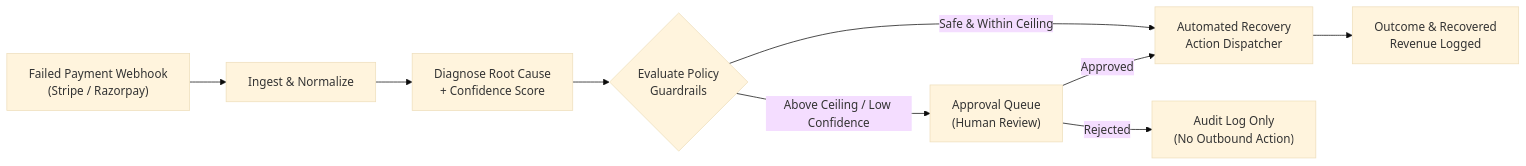
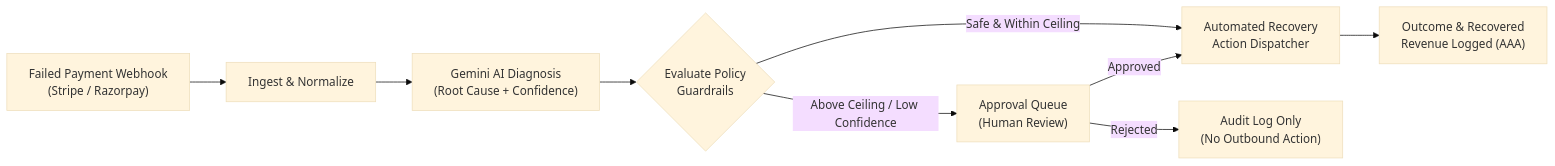
Before and after one commit to Asifkarim683/ai-payment-failure-recovery-agent: the diagram in README.md, drawn with Mermaid (base theme). The commit also changed other lines of this file, not shown here.

````diff
--- a/README.md
+++ b/README.md
@@ -60,11 +59,11 @@
 ```mermaid
 flowchart LR
     A["Failed Payment Webhook\n(Stripe / Razorpay)"] --> B["Ingest & Normalize"]
-    B --> C["Diagnose Root Cause\n+ Confidence Score"]
+    B --> C["Gemini AI Diagnosis\n(Root Cause + Confidence)"]
     C --> D{"Evaluate Policy\nGuardrails"}
     D -- "Safe & Within Ceiling" --> E["Automated Recovery\nAction Dispatcher"]
     D -- "Above Ceiling / Low Confidence" --> F["Approval Queue\n(Human Review)"]
     F -- "Approved" --> E
     F -- "Rejected" --> G["Audit Log Only\n(No Outbound Action)"]
-    E --> H["Outcome & Recovered\nRevenue Logged"]
+    E --> H["Outcome & Recovered\nRevenue Logged (AAA)"]
 ```
````
